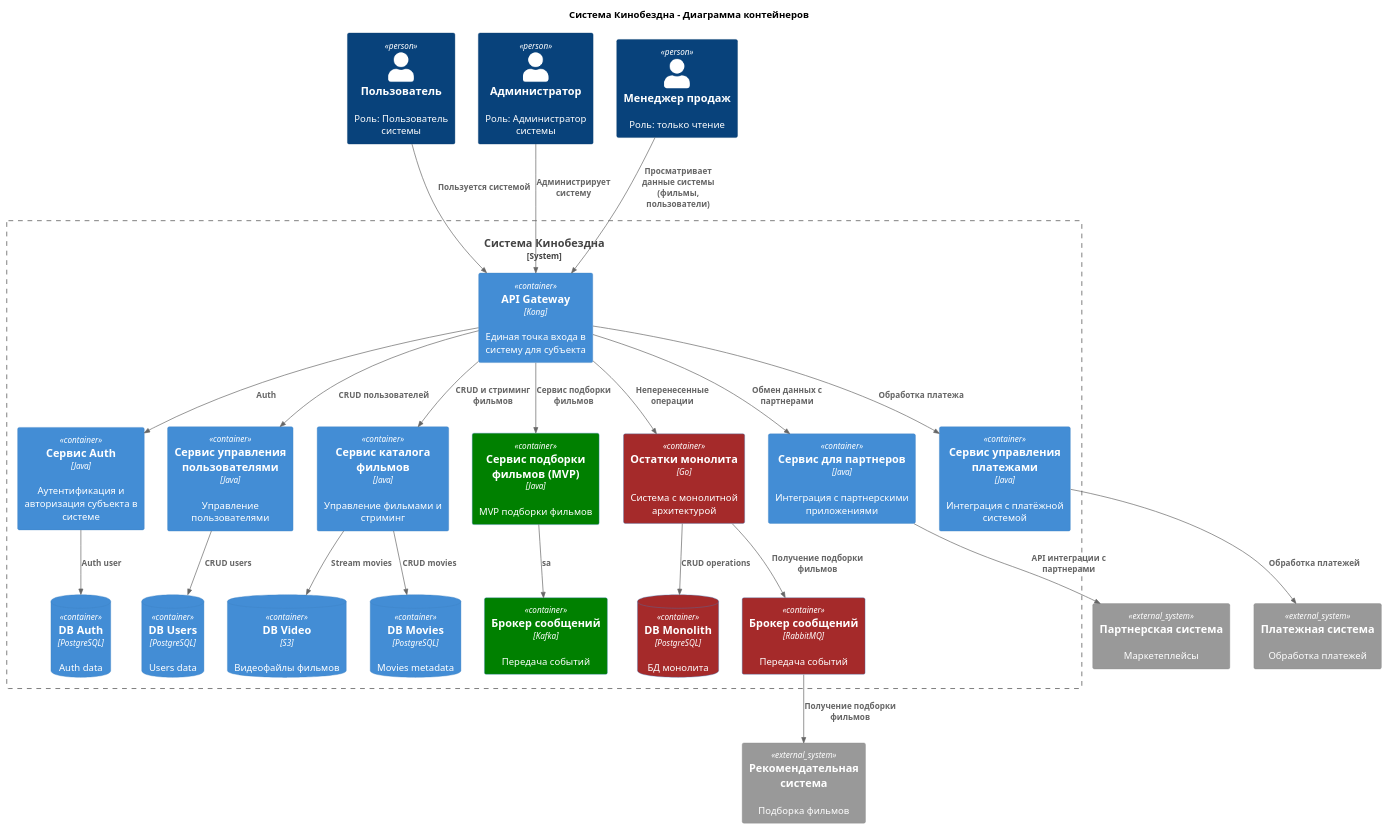
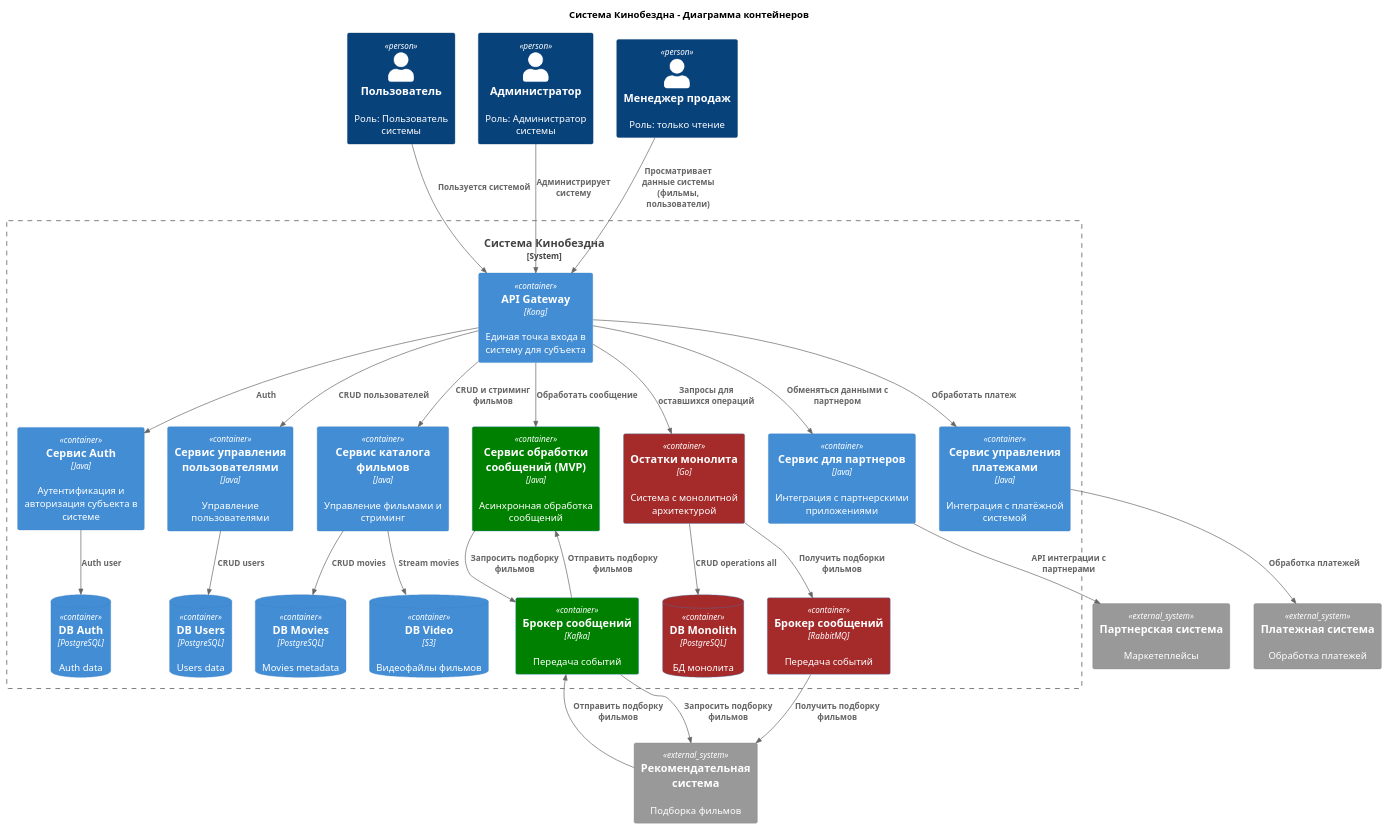
One commit to DmitriySharshak/architecture-cinemaabyss changed the diagram in diagrams/container/system_kinobezdna.puml. Above: the diagram before and after it, drawn with PlantUML. The commit also changed 28 other files, not shown here.

```diff
--- a/diagrams/container/system_kinobezdna.puml
+++ b/diagrams/container/system_kinobezdna.puml
@@ -1,54 +1,57 @@
 @startuml containers
 title Система Кинобездна - Диаграмма контейнеров
 !include C4_Container.puml
 
 Person(user, "Пользователь", "Роль: Пользователь системы")
 Person(admin, "Администратор", "Роль: Администратор системы")
 Person(sales_manager, "Менеджер продаж", "Роль: только чтение")
 
 System_Boundary(system, "Система Кинобездна") {
   Container(api_gw, "API Gateway", "Kong", "Единая точка входа в систему для субъекта")
   Container(auth_service, "Сервис Auth", "Java", "Аутентификация и авторизация субъекта в системе")
   Container(user_service, "Сервис управления пользователями", "Java", "Управление пользователями")
   Container(movie_service, "Сервис каталога фильмов", "Java", "Управление фильмами и стриминг")
   Container(partner_service, "Сервис для партнеров", "Java", "Интеграция с партнерскими приложениями")
   Container(pay_service, "Сервис управления платежами", "Java", "Интеграция с платёжной системой")
-  Container(recommend_service, "Сервис подборки фильмов (MVP)", "Java", "MVP подборки фильмов") #Green
+  Container(events_service, "Сервис обработки сообщений (MVP)", "Java", "Асинхронная обработка сообщений") #Green
   Container(monolith, "Остатки монолита", "Go", "Система с монолитной архитектурой") #Brown
   Container(mb_rabbitmq, "Брокер сообщений", "RabbitMQ", "Передача событий") #Brown
   Container(mb_kafka, "Брокер сообщений", "Kafka", "Передача событий") #Green
   ContainerDb(db_auth, "DB Auth", "PostgreSQL", "Auth data")
   ContainerDb(db_users, "DB Users", "PostgreSQL", "Users data")
   ContainerDb(db_movies, "DB Movies", "PostgreSQL", "Movies metadata")
   ContainerDb(db_s3, "DB Video", "S3", "Видеофайлы фильмов")
   ContainerDb(db_monolith, "DB Monolith", "PostgreSQL", "БД монолита") #Brown
 }
 
 System_Ext(recommend_sys, "Рекомендательная система", "Подборка фильмов")
 System_Ext(pay_sys, "Платежная система", "Обработка платежей")
 System_Ext(partner_sys, "Партнерская система", "Маркетеплейсы")
 
 Rel(user, api_gw, "Пользуется системой")
 Rel(admin, api_gw, "Администрирует систему")
 Rel(sales_manager, api_gw, "Просматривает данные системы (фильмы, пользователи)")
 Rel(api_gw, auth_service, "Auth")
 Rel(api_gw, user_service, "CRUD пользователей")
 Rel(api_gw, movie_service, "CRUD и стриминг фильмов")
-Rel(api_gw, partner_service, "Обмен данных с партнерами")
-Rel(api_gw, pay_service, "Обработка платежа")
-Rel(api_gw, recommend_service, "Сервис подборки фильмов")
-Rel(api_gw, monolith, "Неперенесенные операции")
-Rel(recommend_service, mb_kafka, "sa")
+Rel(api_gw, partner_service, "Обменяться данными с партнером")
+Rel(api_gw, pay_service, "Обработать платеж")
+Rel(api_gw, events_service, "Обработать сообщение")
+Rel(api_gw, monolith, "Запросы для оставшихся операций")
+Rel(events_service, mb_kafka, "Запросить подборку фильмов")
 
 Rel(auth_service, db_auth, "Auth user")
 Rel(user_service, db_users, "CRUD users")
 Rel(movie_service, db_movies, "CRUD movies")
 Rel(movie_service, db_s3, "Stream movies")
-Rel(monolith, db_monolith, "CRUD operations")
+Rel(monolith, db_monolith, "CRUD operations all")
 
 Rel(partner_service, partner_sys, "API интеграции с партнерами")
 Rel(pay_service, pay_sys, "Обработка платежей")
-Rel(monolith, mb_rabbitmq, "Получение подборки фильмов")
-Rel(mb_rabbitmq, recommend_sys, "Получение подборки фильмов")
+Rel(monolith, mb_rabbitmq, "Получить подборки фильмов")
+Rel(mb_kafka, recommend_sys, "Запросить подборку фильмов")
+Rel(recommend_sys, mb_kafka, "Отправить подборку фильмов")
+Rel(mb_kafka, events_service, "Отправить подборку фильмов")
+Rel(mb_rabbitmq, recommend_sys, "Получить подборку фильмов")
 
 @enduml
```
